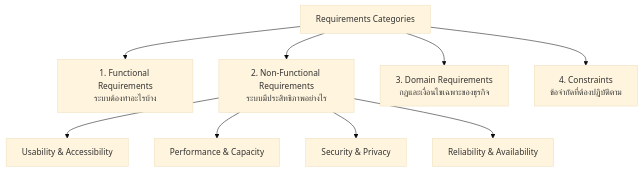
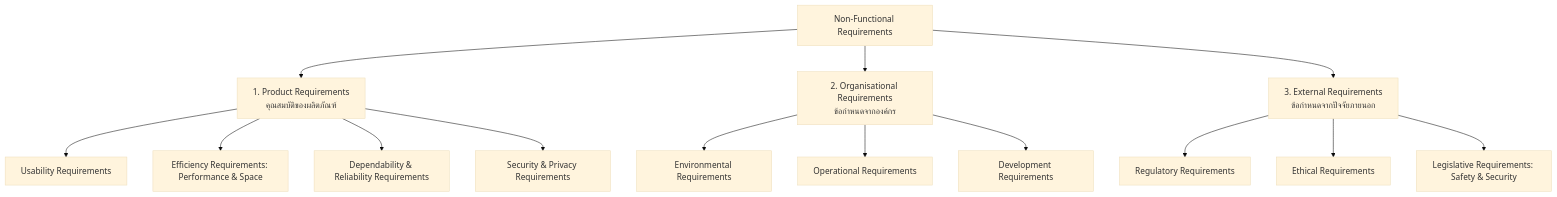
The third of 9 diagrams in Wiki/Lecture 3 - Requirements Engineering, Elicitation & Case Studies.md (kanomoo/software-engineering), drawn with Mermaid (base theme) before and after one commit. The commit also changed other lines of this file and 5 other files, not shown here.

````diff
--- a/Wiki/Lecture 3 - Requirements Engineering, Elicitation & Case Studies.md
+++ b/Wiki/Lecture 3 - Requirements Engineering, Elicitation & Case Studies.md
@@ -61,12 +113,19 @@
 ```mermaid
 graph TD
-    REQ[Requirements Categories] --> FR[1. Functional Requirements<br/>ระบบต้องทำอะไรบ้าง]
-    REQ --> NFR[2. Non-Functional Requirements<br/>ระบบมีประสิทธิภาพอย่างไร]
-    REQ --> DR[3. Domain Requirements<br/>กฎและเงื่อนไขเฉพาะของธุรกิจ]
-    REQ --> CON[4. Constraints<br/>ข้อจำกัดที่ต้องปฏิบัติตาม]
+    NFR[Non-Functional Requirements] --> PR[1. Product Requirements<br/>คุณสมบัติของผลิตภัณฑ์]
+    NFR --> OR[2. Organisational Requirements<br/>ข้อกำหนดจากองค์กร]
+    NFR --> ER[3. External Requirements<br/>ข้อกำหนดจากปัจจัยภายนอก]
 
-    NFR --> N1[Usability & Accessibility]
-    NFR --> N2[Performance & Capacity]
-    NFR --> N3[Security & Privacy]
-    NFR --> N4[Reliability & Availability]
+    PR --> P1[Usability Requirements]
+    PR --> P2[Efficiency Requirements: Performance & Space]
+    PR --> P3[Dependability & Reliability Requirements]
+    PR --> P4[Security & Privacy Requirements]
+
+    OR --> O1[Environmental Requirements]
+    OR --> O2[Operational Requirements]
+    OR --> O3[Development Requirements]
+
+    ER --> E1[Regulatory Requirements]
+    ER --> E2[Ethical Requirements]
+    ER --> E3[Legislative Requirements: Safety & Security]
 ```
````
